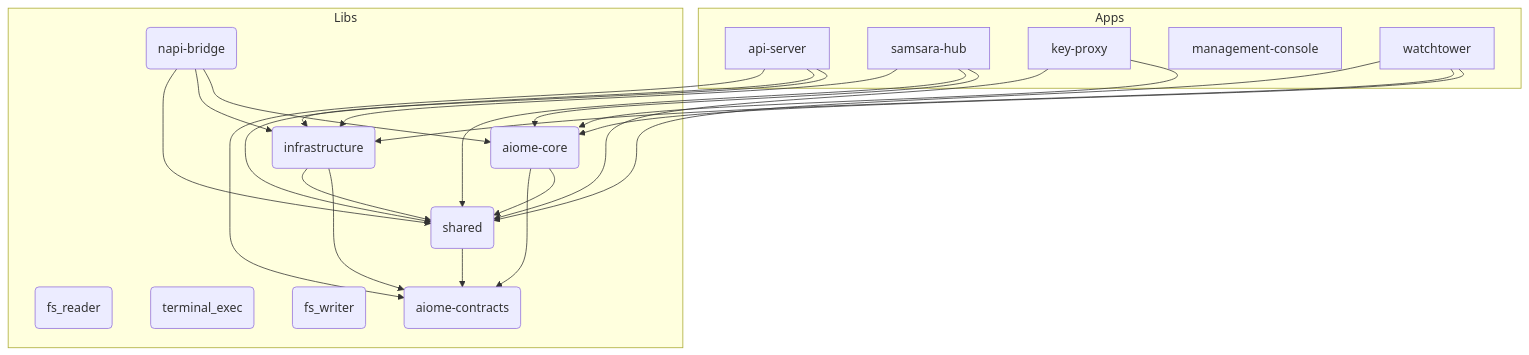
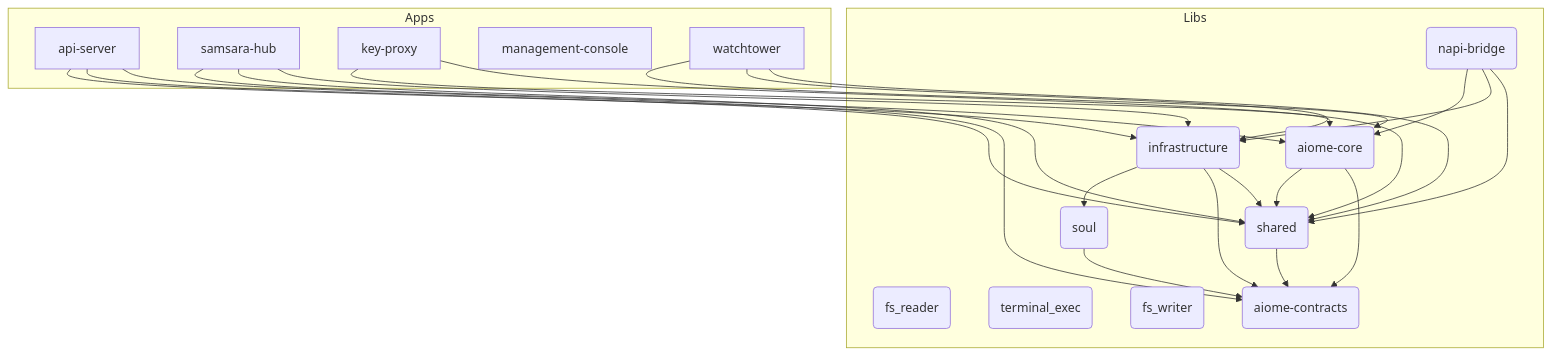
The diagram in ARCHITECTURE.md (for4xex-droid/modular-open-claw), drawn with Mermaid before and after one commit. The commit also changed other lines of this file and 1 other file, not shown here.

Commit message:
docs: fix typo and update ARCHITECTURE.md

````diff
--- a/ARCHITECTURE.md
+++ b/ARCHITECTURE.md
@@ -22,41 +22,44 @@
 ```mermaid
 graph TD
     subgraph Apps
         api-server[api-server]
         samsara-hub[samsara-hub]
         key-proxy[key-proxy]
         management-console[management-console]
         watchtower[watchtower]
     end
 
     subgraph Libs
         aiome-core(aiome-core)
         infrastructure(infrastructure)
         shared(shared)
         fs_reader(fs_reader)
         terminal_exec(terminal_exec)
         fs_writer(fs_writer)
         napi-bridge(napi-bridge)
         aiome-contracts(aiome-contracts)
+        soul(soul)
     end
 
     api-server --> infrastructure
     api-server --> shared
     api-server --> aiome-contracts
     samsara-hub --> aiome-core
     samsara-hub --> shared
     samsara-hub --> infrastructure
     key-proxy --> aiome-core
     key-proxy --> shared
     aiome-core --> shared
     aiome-core --> aiome-contracts
+    infrastructure --> soul
     infrastructure --> aiome-contracts
     infrastructure --> shared
     shared --> aiome-contracts
     napi-bridge --> aiome-core
     napi-bridge --> infrastructure
     napi-bridge --> shared
     watchtower --> aiome-core
     watchtower --> infrastructure
     watchtower --> shared
+    soul --> aiome-contracts
 ```
````
